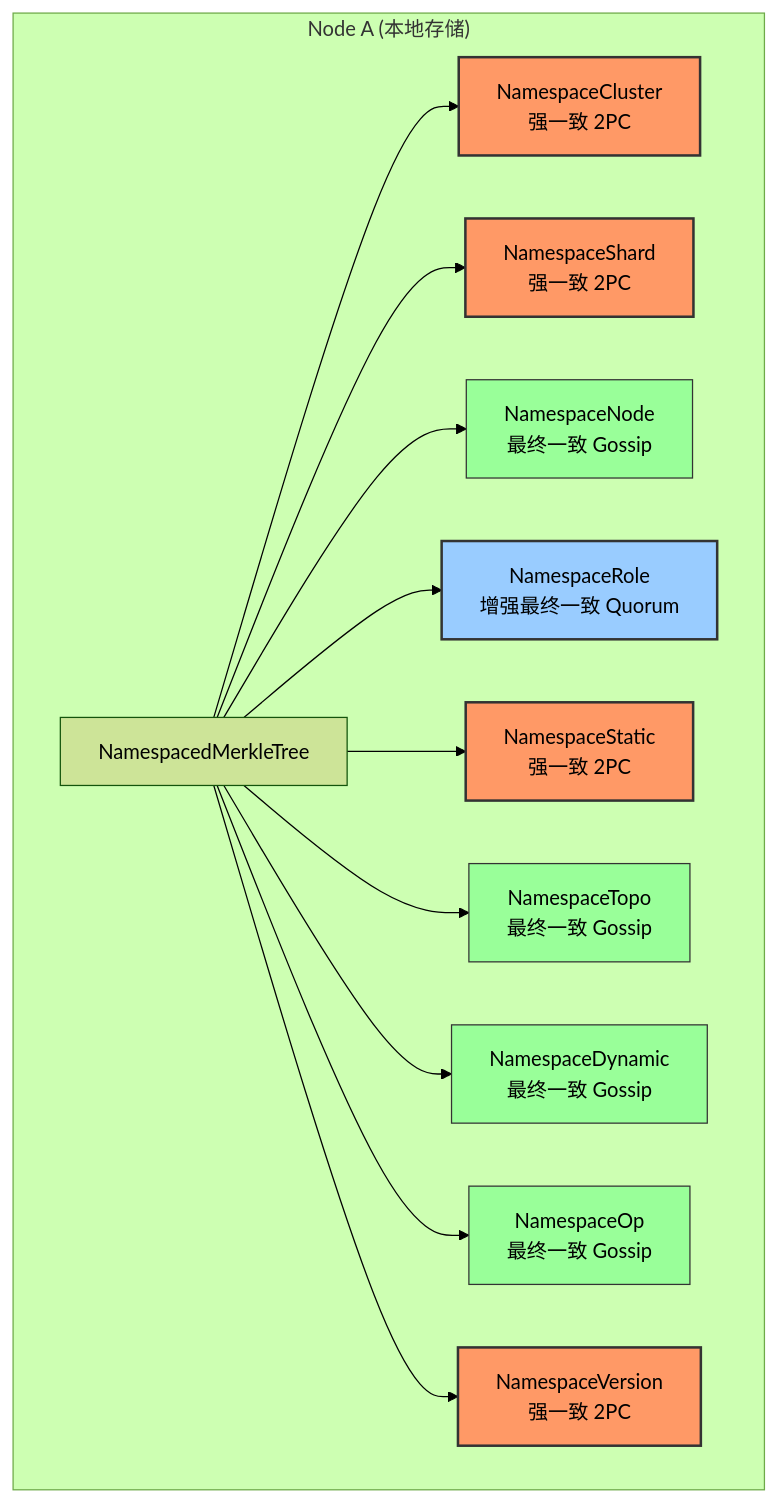
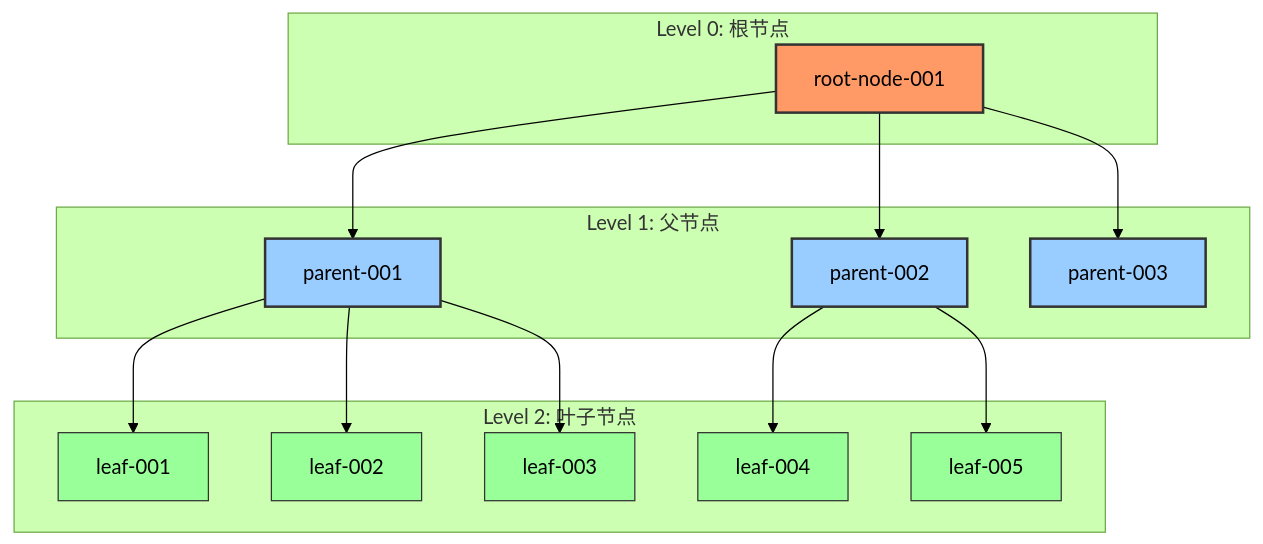
Before and after one commit to jzhang405/NexKV: the first of 3 diagrams in docs/06_project_management/pr_documents/feature/2026-02-11_PR-039_Metadata-Merkle-Tree_元数据版本控制_Pre.md, drawn with Mermaid (forest theme). The commit also changed other lines of this file, not shown here.

````diff
--- a/docs/06_project_management/pr_documents/feature/2026-02-11_PR-039_Metadata-Merkle-Tree_元数据版本控制_Pre.md
+++ b/docs/06_project_management/pr_documents/feature/2026-02-11_PR-039_Metadata-Merkle-Tree_元数据版本控制_Pre.md
@@ -79,35 +104,41 @@
 ```mermaid
 graph TB
-    subgraph "Node A (本地存储)"
-        MT[NamespacedMerkleTree]
-        NS1[NamespaceCluster<br/>强一致 2PC]
-        NS2[NamespaceShard<br/>强一致 2PC]
-        NS3[NamespaceNode<br/>最终一致 Gossip]
-        NS4[NamespaceRole<br/>增强最终一致 Quorum]
-        NS5[NamespaceStatic<br/>强一致 2PC]
-        NS6[NamespaceTopo<br/>最终一致 Gossip]
-        NS7[NamespaceDynamic<br/>最终一致 Gossip]
-        NS8[NamespaceOp<br/>最终一致 Gossip]
-        NS9[NamespaceVersion<br/>强一致 2PC]
-
-        MT --> NS1
-        MT --> NS2
-        MT --> NS3
-        MT --> NS4
-        MT --> NS5
-        MT --> NS6
-        MT --> NS7
-        MT --> NS8
-        MT --> NS9
+    subgraph "Level 0: 根节点"
+        R[root-node-001]
     end
 
-    style NS1 fill:#f96,stroke:#333,stroke-width:2px
-    style NS2 fill:#f96,stroke:#333,stroke-width:2px
-    style NS3 fill:#9f9,stroke:#333,stroke-width:1px
-    style NS4 fill:#9cf,stroke:#333,stroke-width:2px
-    style NS5 fill:#f96,stroke:#333,stroke-width:2px
-    style NS6 fill:#9f9,stroke:#333,stroke-width:1px
-    style NS7 fill:#9f9,stroke:#333,stroke-width:1px
-    style NS8 fill:#9f9,stroke:#333,stroke-width:1px
-    style NS9 fill:#f96,stroke:#333,stroke-width:2px
+    subgraph "Level 1: 父节点"
+        P1[parent-001]
+        P2[parent-002]
+        P3[parent-003]
+    end
+
+    subgraph "Level 2: 叶子节点"
+        A1[leaf-001]
+        A2[leaf-002]
+        A3[leaf-003]
+        B1[leaf-004]
+        B2[leaf-005]
+    end
+
+    R --> P1
+    R --> P2
+    R --> P3
+
+    P1 --> A1
+    P1 --> A2
+    P1 --> A3
+
+    P2 --> B1
+    P2 --> B2
+
+    style R fill:#f96,stroke:#333,stroke-width:2px
+    style P1 fill:#9cf,stroke:#333,stroke-width:2px
+    style P2 fill:#9cf,stroke:#333,stroke-width:2px
+    style P3 fill:#9cf,stroke:#333,stroke-width:2px
+    style A1 fill:#9f9,stroke:#333,stroke-width:1px
+    style A2 fill:#9f9,stroke:#333,stroke-width:1px
+    style A3 fill:#9f9,stroke:#333,stroke-width:1px
+    style B1 fill:#9f9,stroke:#333,stroke-width:1px
+    style B2 fill:#9f9,stroke:#333,stroke-width:1px
 ```
````
